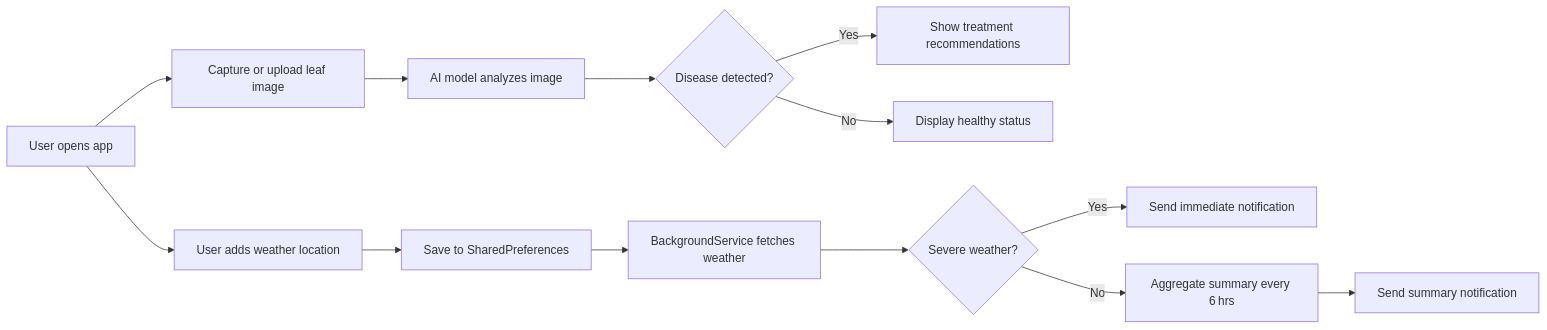
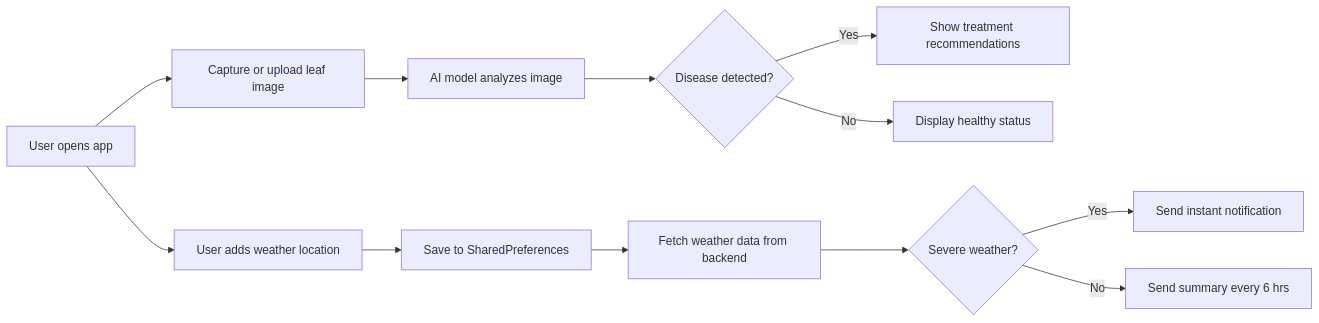
Before and after one commit to Diya050/Kisan_Mitra: the diagram in README.md, drawn with Mermaid. The commit also changed other lines of this file, not shown here.

````diff
--- a/README.md
+++ b/README.md
@@ -56,16 +60,15 @@
 ```mermaid
 flowchart LR
   A[User opens app]
   A --> B[Capture or upload leaf image]
   B --> C[AI model analyzes image]
   C --> D{Disease detected?}
   D -- Yes --> E[Show treatment recommendations]
   D -- No  --> F[Display healthy status]
   A --> G[User adds weather location]
   G --> H[Save to SharedPreferences]
-  H --> I[BackgroundService fetches weather]
+  H --> I[Fetch weather data from backend]
   I --> J{Severe weather?}
-  J -- Yes --> K[Send immediate notification]
-  J -- No  --> L[Aggregate summary every 6 hrs]
-  L --> M[Send summary notification]
+  J -- Yes --> K[Send instant notification]
+  J -- No  --> L[Send summary every 6 hrs]
 ```
````
